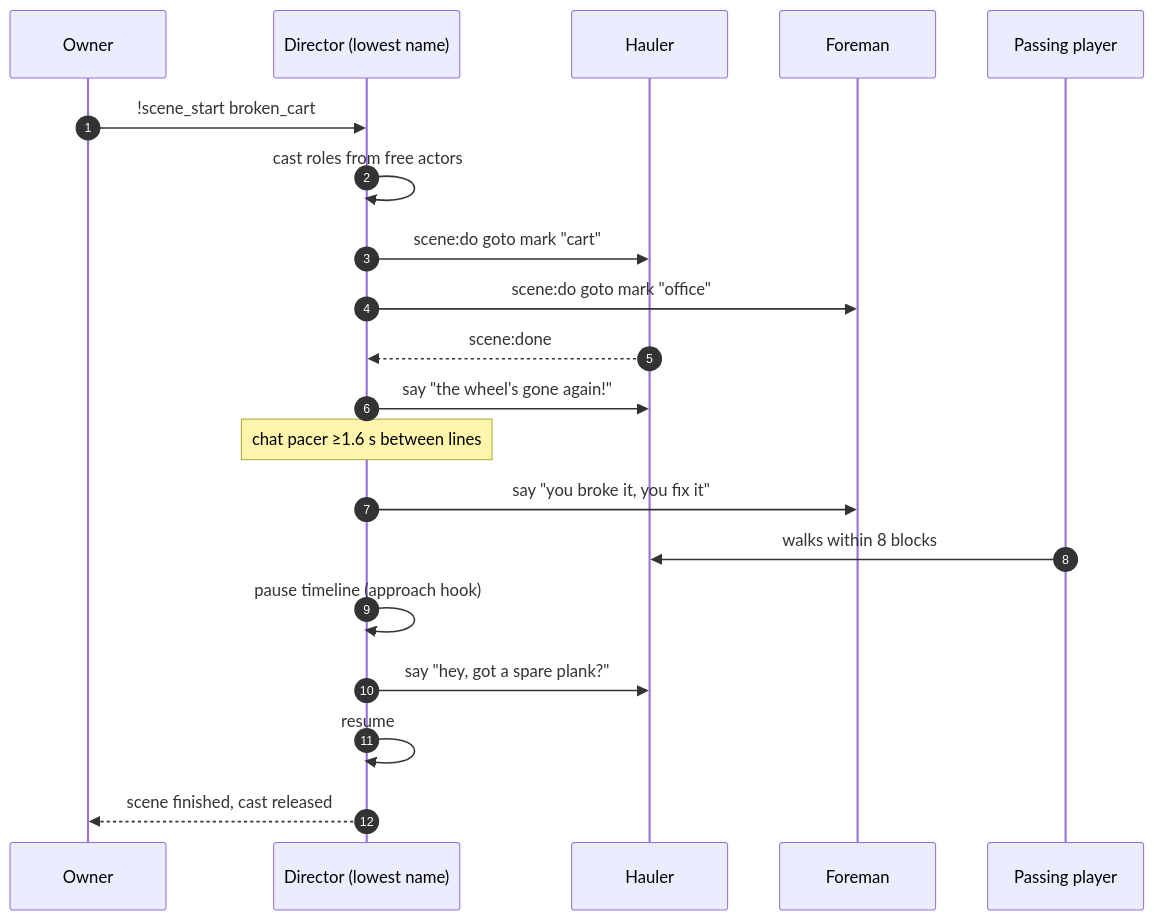
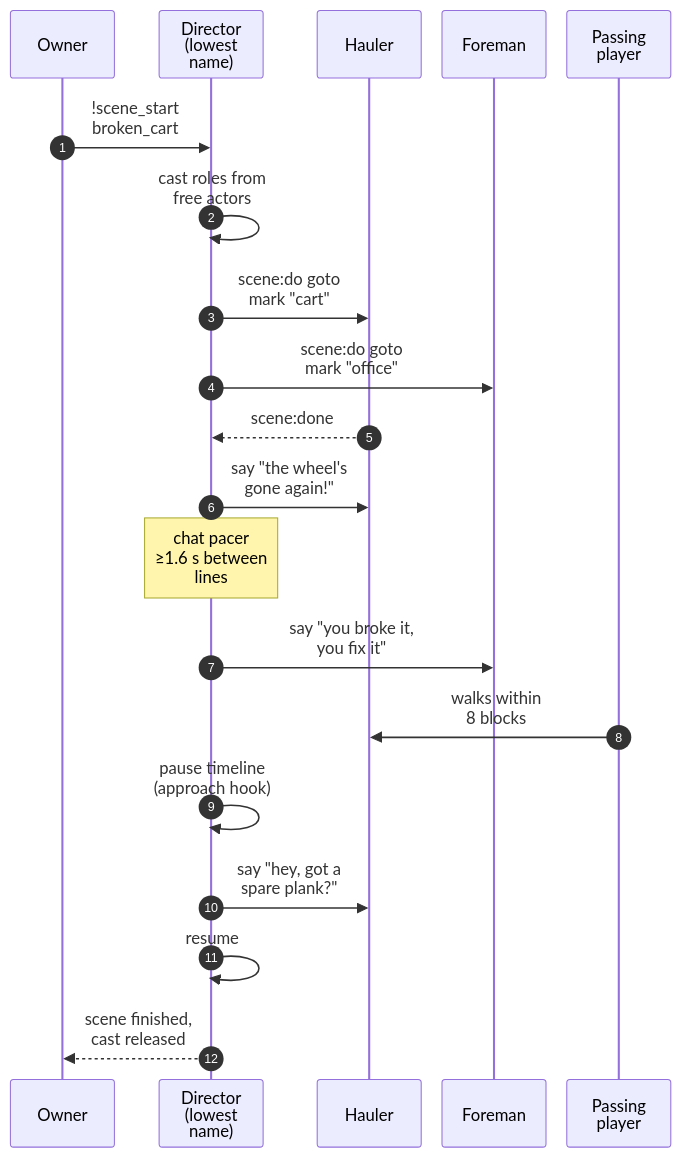
Before and after one commit to thereisnotime/golemkit: the diagram in docs/guide/scenes.md, drawn with Mermaid. The commit also changed 20 other files, not shown here.

First line of the commit message:
Docs: replace the last ASCII diagrams with mermaid, make wide charts top-down to fit the column

````diff
--- a/docs/guide/scenes.md
+++ b/docs/guide/scenes.md
@@ -47,22 +47,23 @@
 ```mermaid
+%%{init: {"sequence": {"width": 100, "actorMargin": 20, "diagramMarginX": 10}}}%%
 sequenceDiagram
   autonumber
   participant O as Owner
-  participant D as Director (lowest name)
+  participant D as Director<br/>(lowest<br/>name)
   participant H as Hauler
   participant F as Foreman
-  participant P as Passing player
-  O->>D: !scene_start broken_cart
-  D->>D: cast roles from free actors
-  D->>H: scene:do goto mark "cart"
-  D->>F: scene:do goto mark "office"
+  participant P as Passing<br/>player
+  O->>D: !scene_start<br/>broken_cart
+  D->>D: cast roles from<br/>free actors
+  D->>H: scene:do goto<br/>mark "cart"
+  D->>F: scene:do goto<br/>mark "office"
   H-->>D: scene:done
-  D->>H: say "the wheel's gone again!"
-  Note over D: chat pacer ≥1.6 s between lines
-  D->>F: say "you broke it, you fix it"
-  P->>H: walks within 8 blocks
-  D->>D: pause timeline (approach hook)
-  D->>H: say "hey, got a spare plank?"
+  D->>H: say "the wheel's<br/>gone again!"
+  Note over D: chat pacer<br/>≥1.6 s between<br/>lines
+  D->>F: say "you broke it,<br/>you fix it"
+  P->>H: walks within<br/>8 blocks
+  D->>D: pause timeline<br/>(approach hook)
+  D->>H: say "hey, got a<br/>spare plank?"
   D->>D: resume
-  D-->>O: scene finished, cast released
+  D-->>O: scene finished,<br/>cast released
 ```
````
